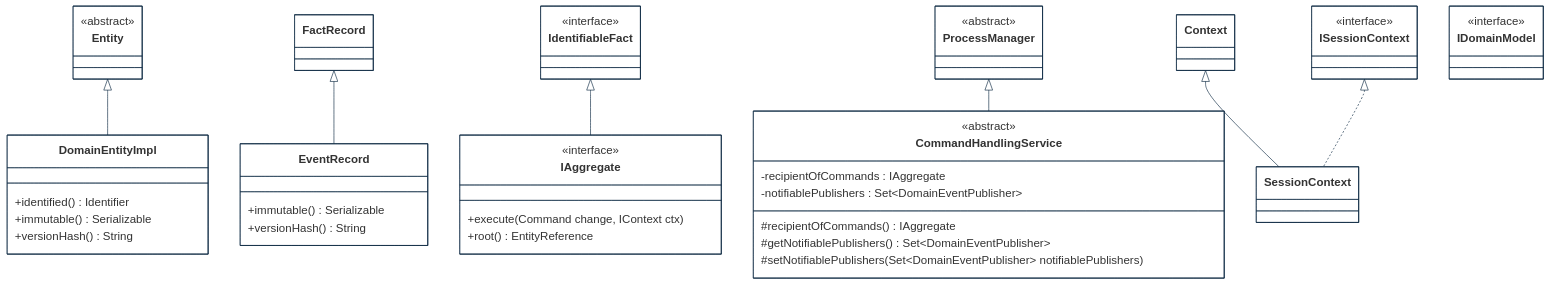
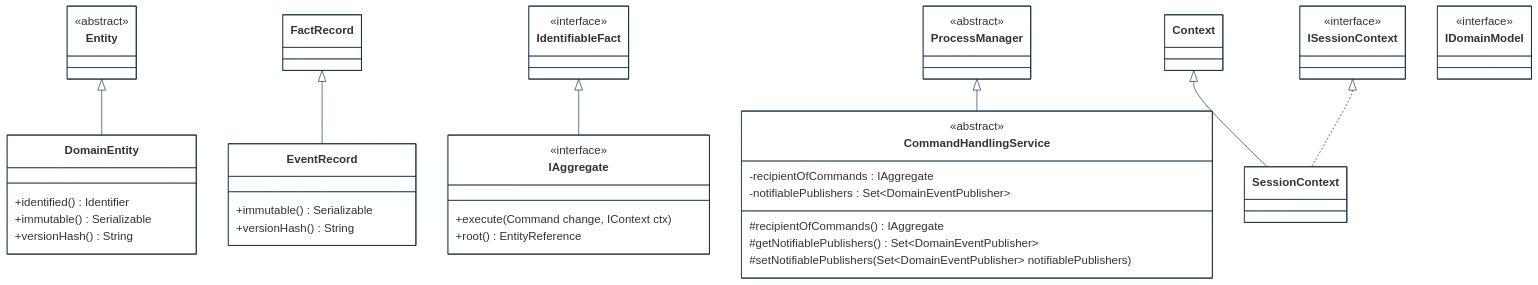
One commit to cybnity/foundation changed the first of 5 diagrams in implementations-line/framework/domain/designview-packages.md. Above: the diagram before and after it, drawn with Mermaid. The commit also changed other lines of this file, not shown here.

Commit message:
refactoring DomainEntity implementation doc

````diff
--- a/implementations-line/framework/domain/designview-packages.md
+++ b/implementations-line/framework/domain/designview-packages.md
@@ -43,65 +43,65 @@
 ```mermaid
 %%{
   init: {
     'theme': 'base',
     'themeVariables': {
         'background': '#ffffff',
         'fontFamily': 'arial',
         'fontSize': '18px',
         'primaryColor': '#fff',
         'primaryBorderColor': '#0e2a43',
         'secondaryBorderColor': '#0e2a43',
         'tertiaryBorderColor': '#0e2a43',
         'edgeLabelBackground':'#0e2a43',
         'lineColor': '#0e2a43',
         'tertiaryColor': '#fff'
     }
   }
 }%%
 classDiagram
-    Entity <|-- DomainEntityImpl
+    Entity <|-- DomainEntity
     FactRecord <|-- EventRecord
     IdentifiableFact <|-- IAggregate
     ProcessManager <|-- CommandHandlingService
     Context <|-- SessionContext
     ISessionContext <|.. SessionContext
 
     class ISessionContext {
         <<interface>>
     }
     class CommandHandlingService {
         <<abstract>>
         -recipientOfCommands : IAggregate
         -notifiablePublishers : Set~DomainEventPublisher~
         #recipientOfCommands() IAggregate
         #getNotifiablePublishers() Set~DomainEventPublisher~
         #setNotifiablePublishers(Set~DomainEventPublisher~ notifiablePublishers)
     }
     class ProcessManager {
         <<abstract>>
     }
     class IdentifiableFact {
         <<interface>>
     }
     class IAggregate {
         <<interface>>
         +execute(Command change, IContext ctx)
         +root() EntityReference
     }
     class Entity {
         <<abstract>>
     }
-    class DomainEntityImpl {
+    class DomainEntity {
         +identified() Identifier
         +immutable() Serializable
         +versionHash() String
     }
     class EventRecord {
         +immutable() Serializable
         +versionHash() String
     }
     class IDomainModel {
         <<interface>>
     }
 
 ```
````
